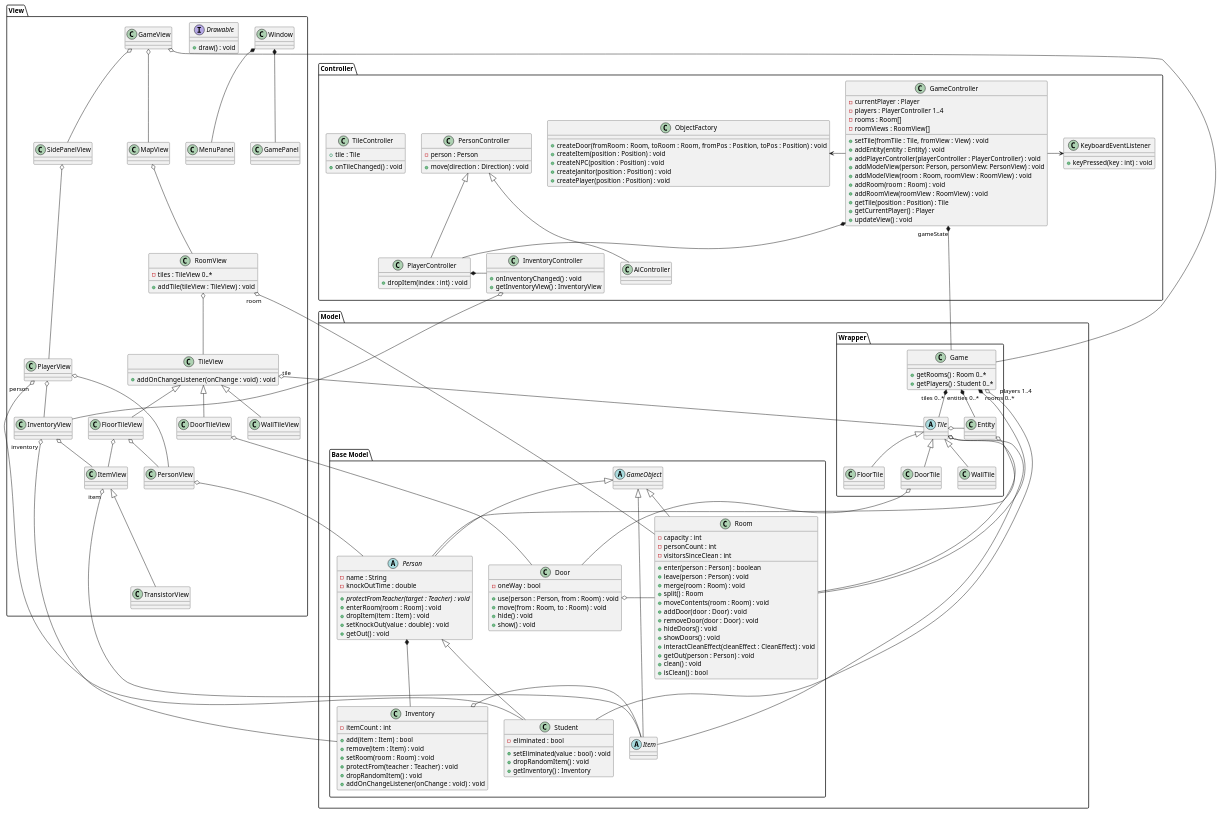
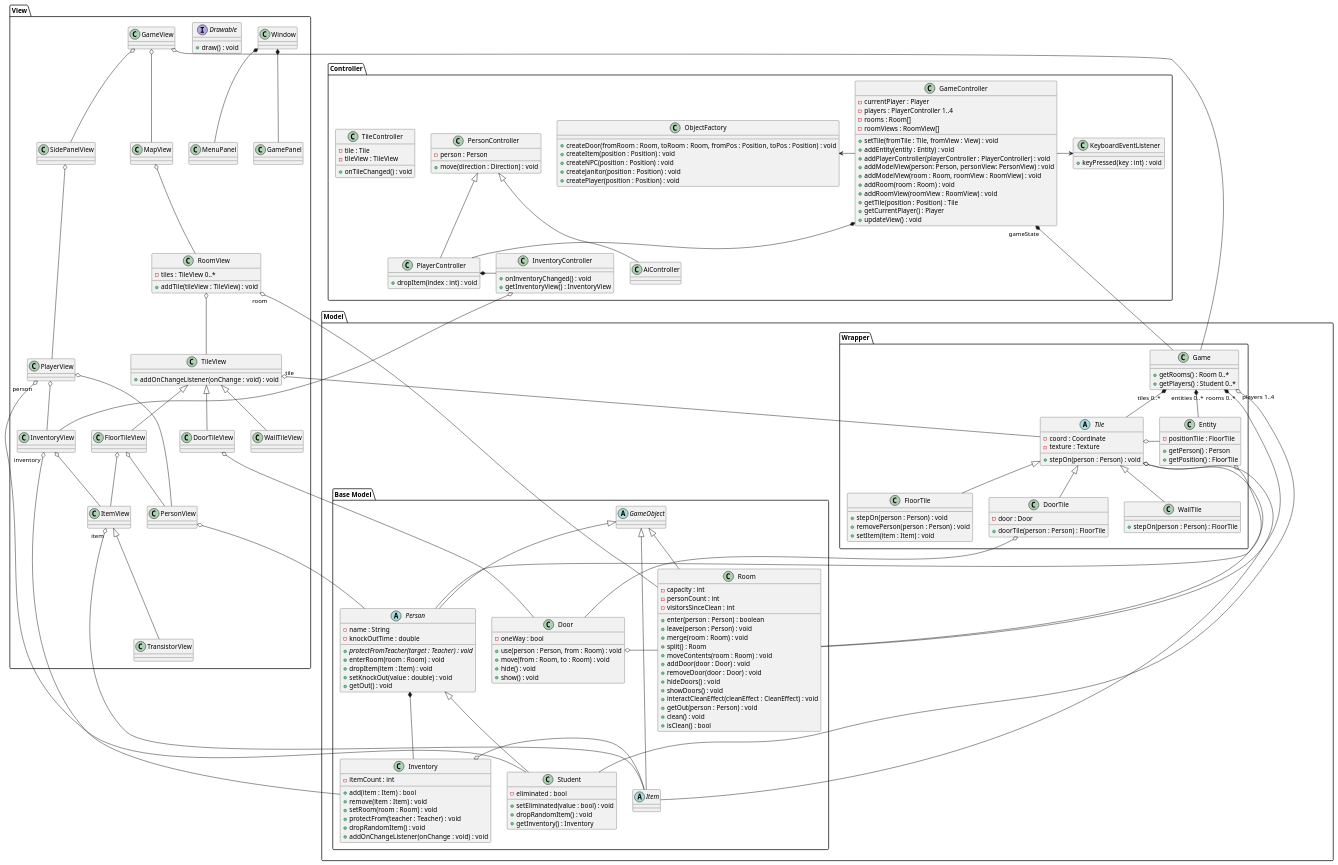
The diagram in docs/diagrams/class/tile-wrapping.puml (sn4k3ch4rm3r/logarlec), drawn with PlantUML before and after one commit.

Commit message:
Wrapper package filled up

```diff
--- a/docs/diagrams/class/tile-wrapping.puml
+++ b/docs/diagrams/class/tile-wrapping.puml
@@ -70,12 +70,30 @@
             + getRooms() : Room 0..*
             + getPlayers() : Student 0..*
         }
-        abstract Tile
-        class FloorTile
-        class DoorTile
-        class WallTile
+        abstract Tile{
+            - coord : Coordinate
+            - texture : Texture
+            + stepOn(person : Person) : void
+        }
+        class FloorTile{
+            + stepOn(person : Person) : void
+            + removePerson(person : Person) : void
+            + setItem(item : Item) : void
+        }
+        class DoorTile{
+            - door : Door
+            + doorTile(person : Person) : FloorTile
 
-        class Entity
+        }
+        class WallTile{
+            + stepOn(person : Person) : FloorTile
+        }
+
+        class Entity{
+            - positionTile : FloorTile
+            + getPerson() : Person
+            + getPosition() : FloorTile
+        }
 
         Tile <|-- FloorTile
         Tile <|-- DoorTile
@@ -129,7 +147,8 @@
         + getInventoryView() : InventoryView
     }
     class TileController{
-        + tile : Tile
+        - tile : Tile
+        - tileView : TileView
         + onTileChanged() : void
     }
     class ObjectFactory{
```
